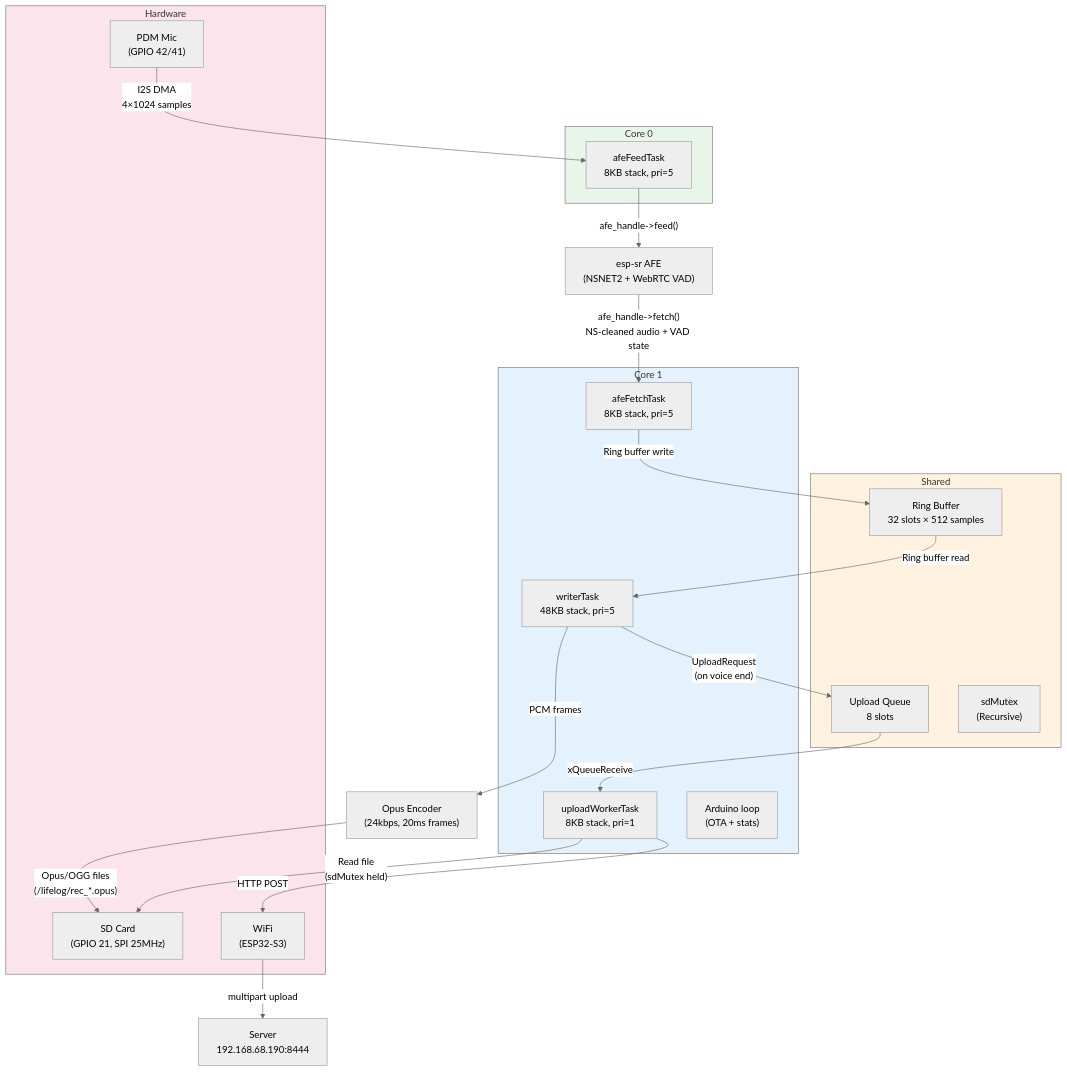
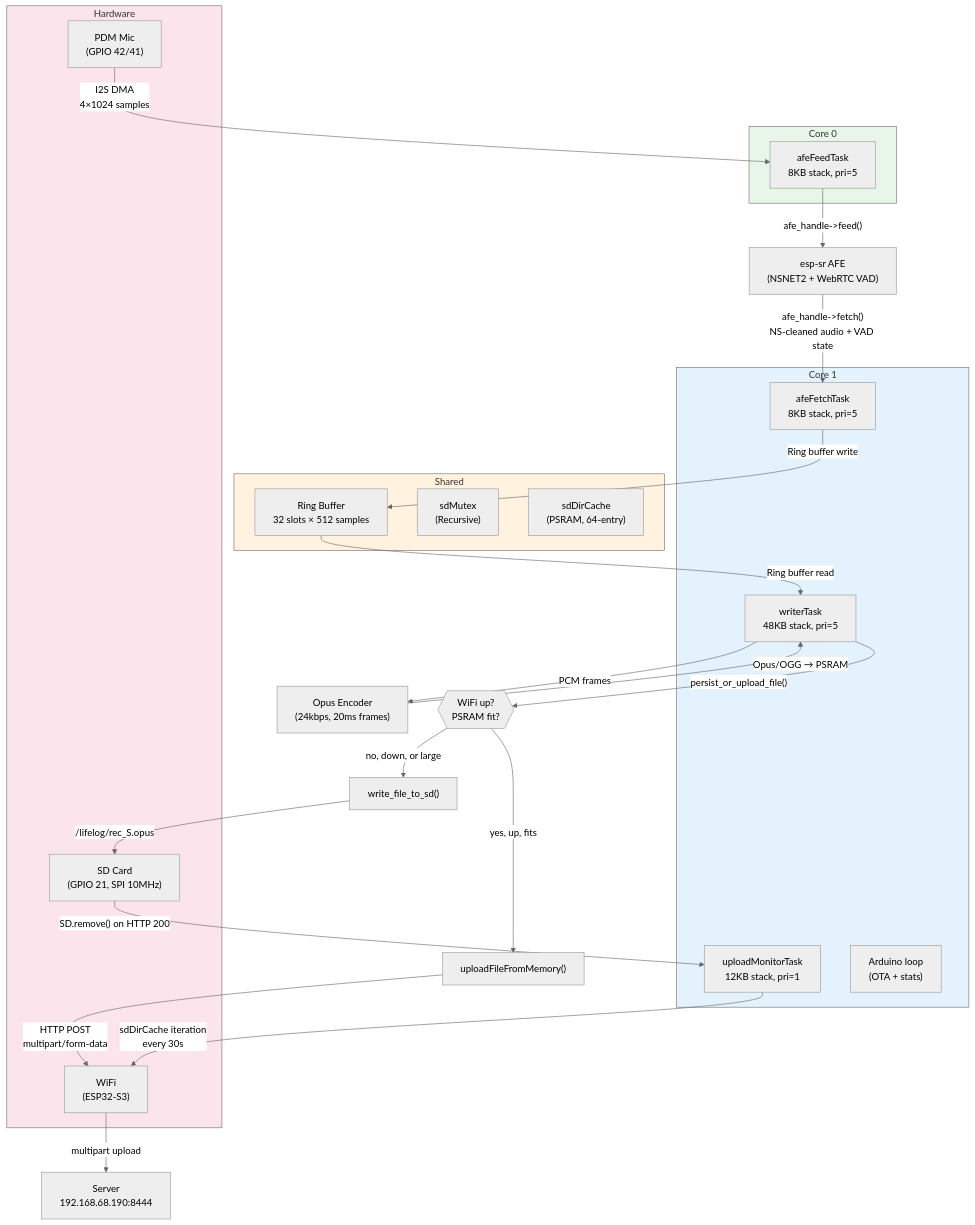
One commit to dlgreenwald/lifelog changed the first of 6 diagrams in firmware-ota/ARCHITECTURE.md. Above: the diagram before and after it, drawn with Mermaid (neutral theme). The commit also changed other lines of this file and 5 other files, not shown here.

````diff
--- a/firmware-ota/ARCHITECTURE.md
+++ b/firmware-ota/ARCHITECTURE.md
@@ -9,47 +9,51 @@
 ```mermaid
 graph TB
     subgraph Hardware["Hardware"]
         mic["PDM Mic<br/>(GPIO 42/41)"]
-        sd["SD Card<br/>(GPIO 21, SPI 25MHz)"]
+        sd["SD Card<br/>(GPIO 21, SPI 10MHz)"]
         wifi["WiFi<br/>(ESP32-S3)"]
     end
 
     subgraph Core0["Core 0"]
         feed["afeFeedTask<br/>8KB stack, pri=5"]
     end
 
     subgraph Core1["Core 1"]
         fetch["afeFetchTask<br/>8KB stack, pri=5"]
         writer["writerTask<br/>48KB stack, pri=5"]
-        uploader["uploadWorkerTask<br/>8KB stack, pri=1"]
+        mon["uploadMonitorTask<br/>12KB stack, pri=1"]
         loop["Arduino loop<br/>(OTA + stats)"]
     end
 
     subgraph Shared["Shared"]
         ring["Ring Buffer<br/>32 slots × 512 samples"]
-        queue["Upload Queue<br/>8 slots"]
         mutex["sdMutex<br/>(Recursive)"]
+        cache["sdDirCache<br/>(PSRAM, 64-entry)"]
     end
 
     afe["esp-sr AFE<br/>(NSNET2 + WebRTC VAD)"]
     opus["Opus Encoder<br/>(24kbps, 20ms frames)"]
     server["Server<br/>192.168.68.190:8444"]
 
     mic -->|"I2S DMA<br/>4×1024 samples"| feed
     feed -->|"afe_handle->feed()"| afe
     afe -->|"afe_handle->fetch()<br/>NS-cleaned audio + VAD state"| fetch
     fetch -->|"Ring buffer write"| ring
     ring -->|"Ring buffer read"| writer
     writer -->|"PCM frames"| opus
-    opus -->|"Opus/OGG files<br/>(/lifelog/rec_*.opus)"| sd
-    writer -->|"UploadRequest<br/>(on voice end)"| queue
-    queue -->|"xQueueReceive"| uploader
-    uploader -->|"Read file<br/>(sdMutex held)"| sd
-    uploader -->|"HTTP POST"| wifi
+
+    opus -->|"Opus/OGG → PSRAM"| writer
+    writer -->|"persist_or_upload_file()"| decision{{"WiFi up?<br/>PSRAM fit?"}}
+    decision -->|"yes, up, fits"| upload["uploadFileFromMemory()"]
+    decision -->|"no, down, or large"| writeSD["write_file_to_sd()"]
+    upload -->|"HTTP POST<br/>multipart/form-data"| wifi
+    writeSD -->|"/lifelog/rec_<epoch>S<n>.opus"| sd
+    sd -->|"SD.remove() on HTTP 200"| mon
+    mon -->|"sdDirCache iteration<br/>every 30s"| wifi
     wifi -->|"multipart upload"| server
 
     style Core0 fill:#e8f5e9
     style Core1 fill:#e3f2fd
     style Shared fill:#fff3e0
     style Hardware fill:#fce4ec
 ```
````
